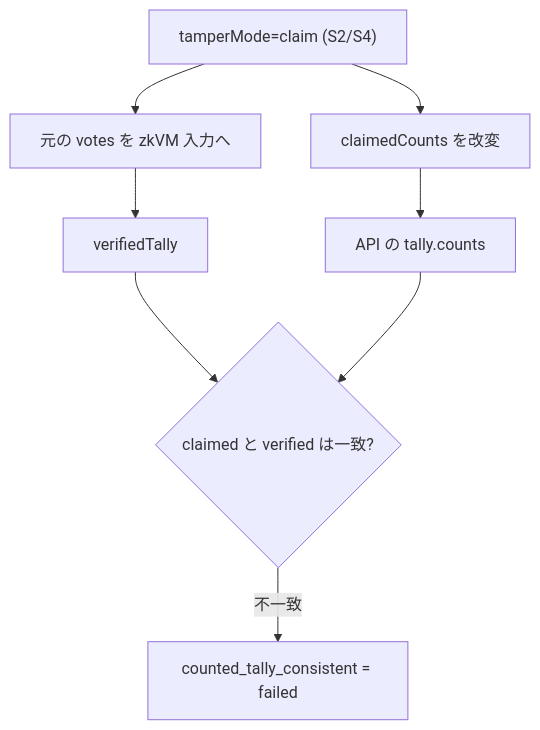
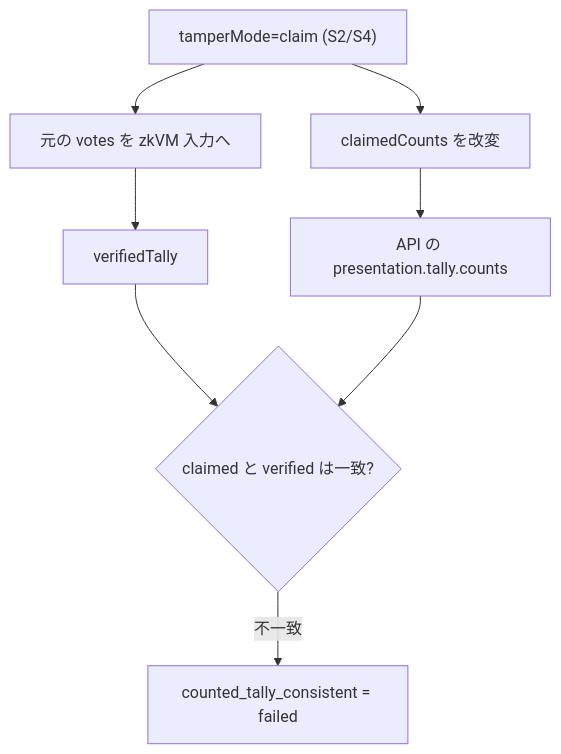
One commit to hwatanabe-jp/stark-ballot-simulator-public changed the first of 2 diagrams in public-book/src/tamper/detection-mechanism.md. Above: the diagram before and after it, drawn with Mermaid. The commit also changed other lines of this file and 1001 other files, not shown here.

````diff
--- a/public-book/src/tamper/detection-mechanism.md
+++ b/public-book/src/tamper/detection-mechanism.md
@@ -78,11 +85,11 @@
 ```mermaid
 flowchart TD
   A["tamperMode=claim (S2/S4)"]
   A --> V1["元の votes を zkVM 入力へ"]
   V1 --> V2["verifiedTally"]
   A --> C1["claimedCounts を改変"]
-  C1 --> C2["API の tally.counts"]
+  C1 --> C2["API の presentation.tally.counts"]
   V2 --> X{"claimed と verified は一致?"}
   C2 --> X
   X -->|不一致| F["counted_tally_consistent = failed"]
 ```
````
